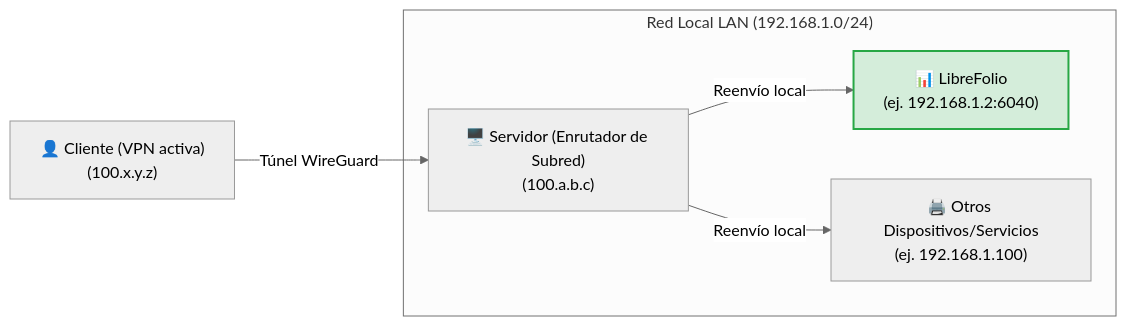
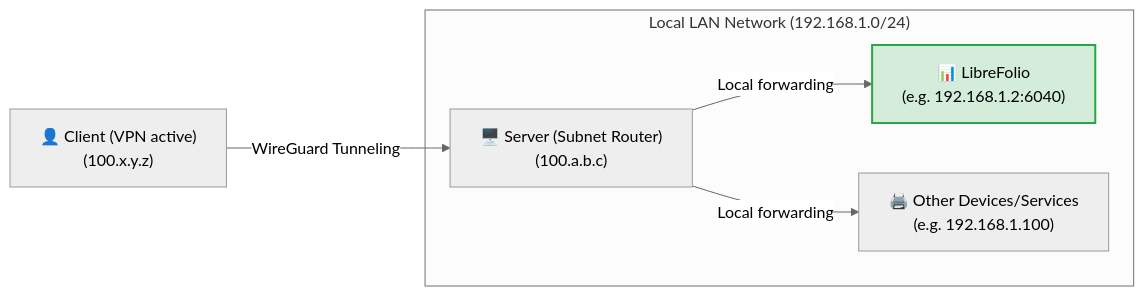
One commit to Librefolio/LibreFolio changed the third of 5 diagrams in mkdocs_src/docs/admin/service_exposure.es.md. Above: the diagram before and after it, drawn with Mermaid (neutral theme). The commit also changed other lines of this file and 430 other files, not shown here.

````diff
--- a/mkdocs_src/docs/admin/service_exposure.es.md
+++ b/mkdocs_src/docs/admin/service_exposure.es.md
@@ -139,9 +131,9 @@
 ```mermaid
 graph LR
- Client["👤 Cliente (VPN activa)<br>(100.x.y.z)"] -->|Túnel WireGuard| Server["🖥️ Servidor (Enrutador de Subred)<br>(100.a.b.c)"]
- subgraph LAN ["Red Local LAN (192.168.1.0/24)"]
- Server -->|Reenvío local| LibreFolio["📊 LibreFolio<br>(ej. 192.168.1.2:6040)"]
- Server -->|Reenvío local| OtherDevice["🖨️ Otros Dispositivos/Servicios<br>(ej. 192.168.1.100)"]
- end
- style LibreFolio fill:#d4edda,stroke:#28a745,stroke-width:2px;
+    Client["👤 Client (VPN active)<br>(100.x.y.z)"] -->|WireGuard Tunneling| Server["🖥️ Server (Subnet Router)<br>(100.a.b.c)"]
+    subgraph LAN ["Local LAN Network (192.168.1.0/24)"]
+        Server -->|Local forwarding| LibreFolio["📊 LibreFolio<br>(e.g. 192.168.1.2:6040)"]
+        Server -->|Local forwarding| OtherDevice["🖨️ Other Devices/Services<br>(e.g. 192.168.1.100)"]
+    end
+    style LibreFolio fill:#d4edda,stroke:#28a745,stroke-width:2px;
 ```
````
